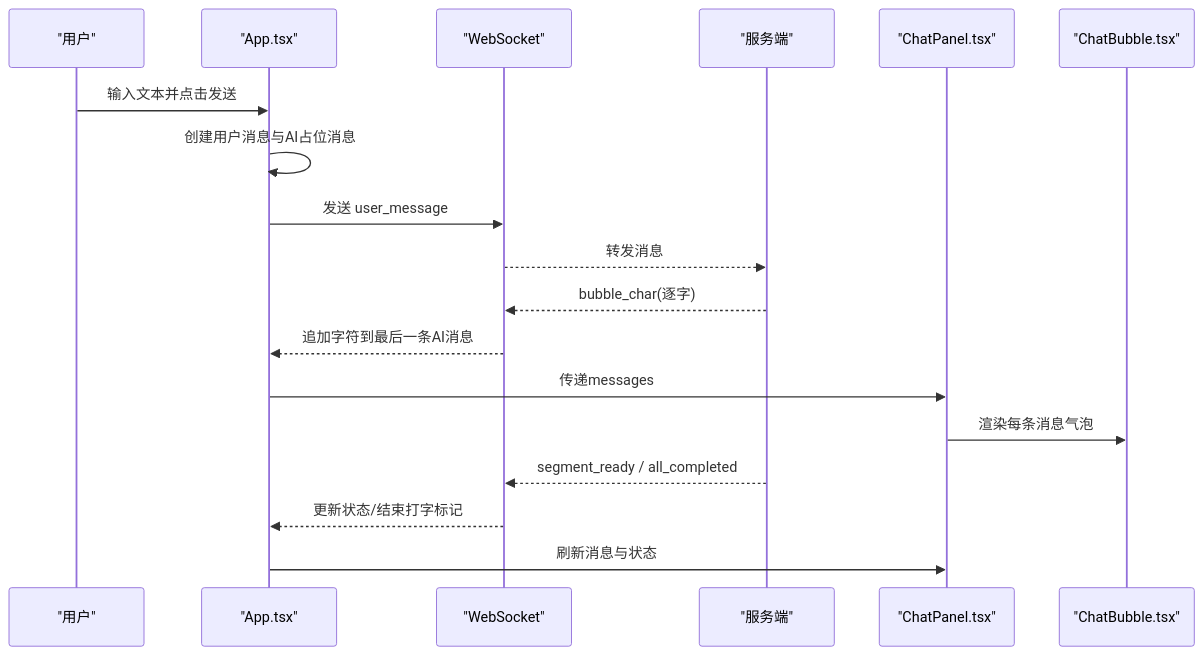
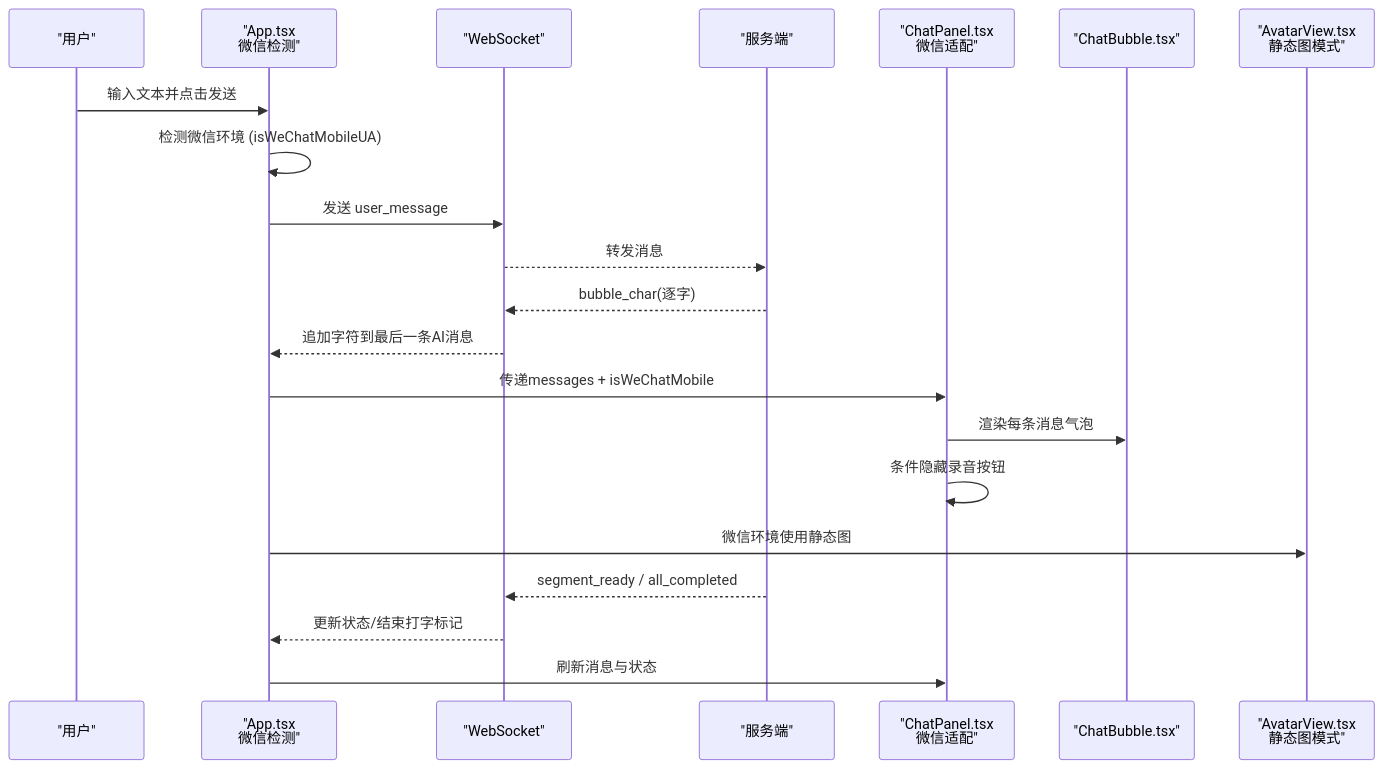
Before and after one commit to leo21cn/real-time-talk: the second of 10 diagrams in .qoder/repowiki/zh/content/前端应用/聊天界面组件.md, drawn with Mermaid. The commit also changed other lines of this file and 36 other files, not shown here.

````diff
--- a/.qoder/repowiki/zh/content/前端应用/聊天界面组件.md
+++ b/.qoder/repowiki/zh/content/前端应用/聊天界面组件.md
@@ -109,20 +127,23 @@
 ```mermaid
 sequenceDiagram
 participant U as "用户"
-participant A as "App.tsx"
+participant A as "App.tsx<br/>微信检测"
 participant W as "WebSocket"
 participant S as "服务端"
-participant P as "ChatPanel.tsx"
+participant P as "ChatPanel.tsx<br/>微信适配"
 participant B as "ChatBubble.tsx"
+participant AV as "AvatarView.tsx<br/>静态图模式"
 U->>A : 输入文本并点击发送
-A->>A : 创建用户消息与AI占位消息
+A->>A : 检测微信环境 (isWeChatMobileUA)
 A->>W : 发送 user_message
 W-->>S : 转发消息
 S-->>W : bubble_char(逐字)
 W-->>A : 追加字符到最后一条AI消息
-A->>P : 传递messages
+A->>P : 传递messages + isWeChatMobile
 P->>B : 渲染每条消息气泡
+P->>P : 条件隐藏录音按钮
+A->>AV : 微信环境使用静态图
 S-->>W : segment_ready / all_completed
 W-->>A : 更新状态/结束打字标记
 A->>P : 刷新消息与状态
 ```
````
